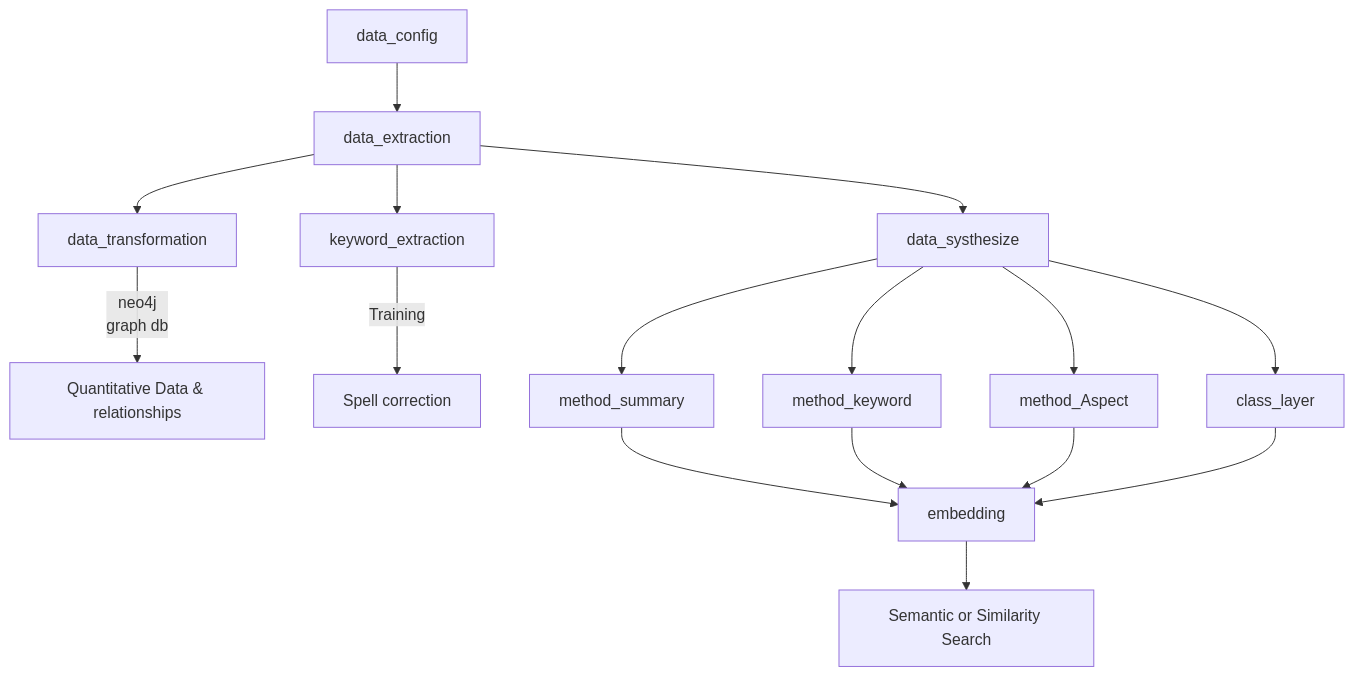
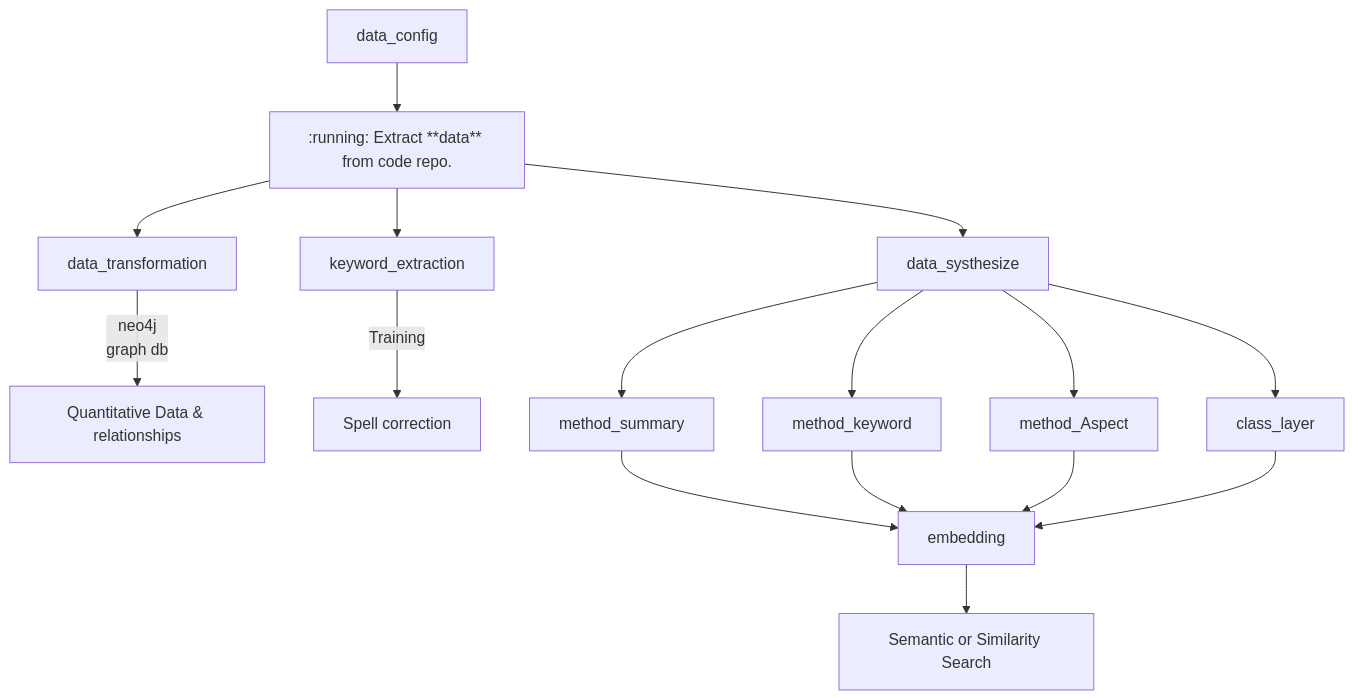
The second of 2 diagrams in rag-details/roughnote.md (vebsun/Documentation), drawn with Mermaid before and after one commit. The commit also changed other lines of this file, not shown here.

Commit message:
updated flow

````diff
--- a/rag-details/roughnote.md
+++ b/rag-details/roughnote.md
@@ -297,13 +298,13 @@
 ```mermaid
 flowchart 
 
-data_config-->data_extraction-->data_transformation-->|neo4j <br> graph db|graphdb_data_loading[Quantitative Data & relationships];
+data_config-->data_extraction[:running: Extract **data** from code repo.]-->data_transformation-->|neo4j <br> graph db|graphdb_data_loading[Quantitative Data & relationships];
 data_extraction-->keyword_extraction-->|Training|spello[Spell correction];
 data_extraction-->data_systhesize-->method_summary-->embedding;
 data_systhesize-->method_keyword-->embedding;
 data_systhesize-->method_Aspect-->embedding;
 data_systhesize-->class_layer-->embedding;
 embedding-->vector_db[Semantic or Similarity Search];
 
 
 ```
````
